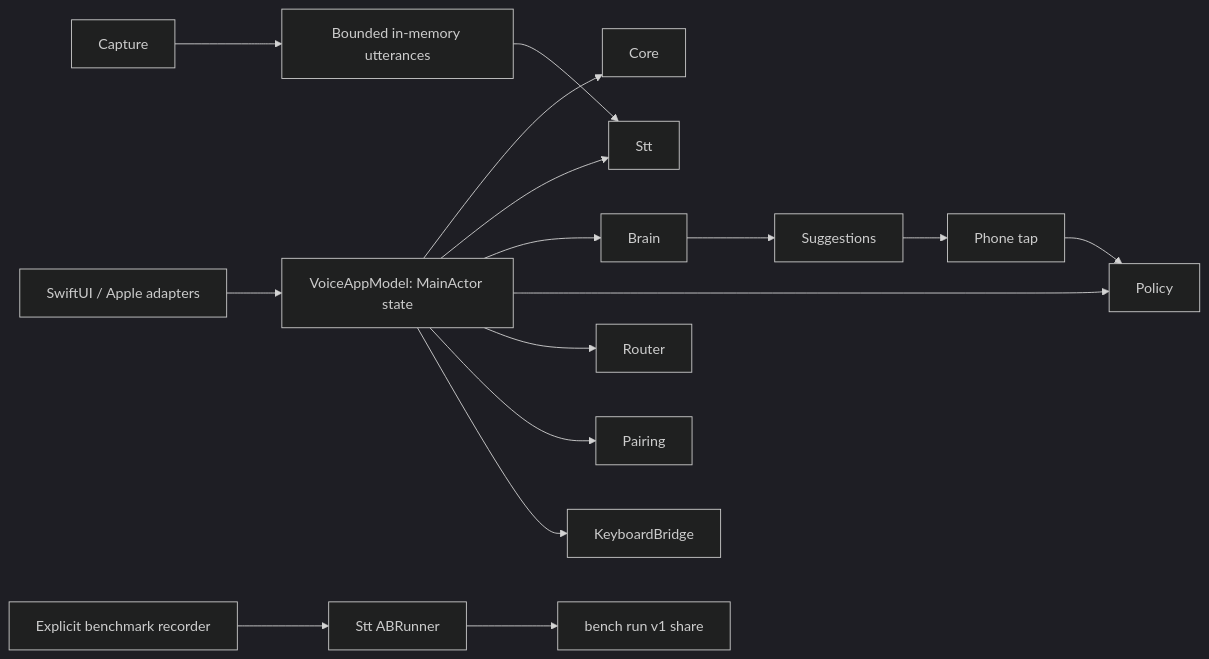
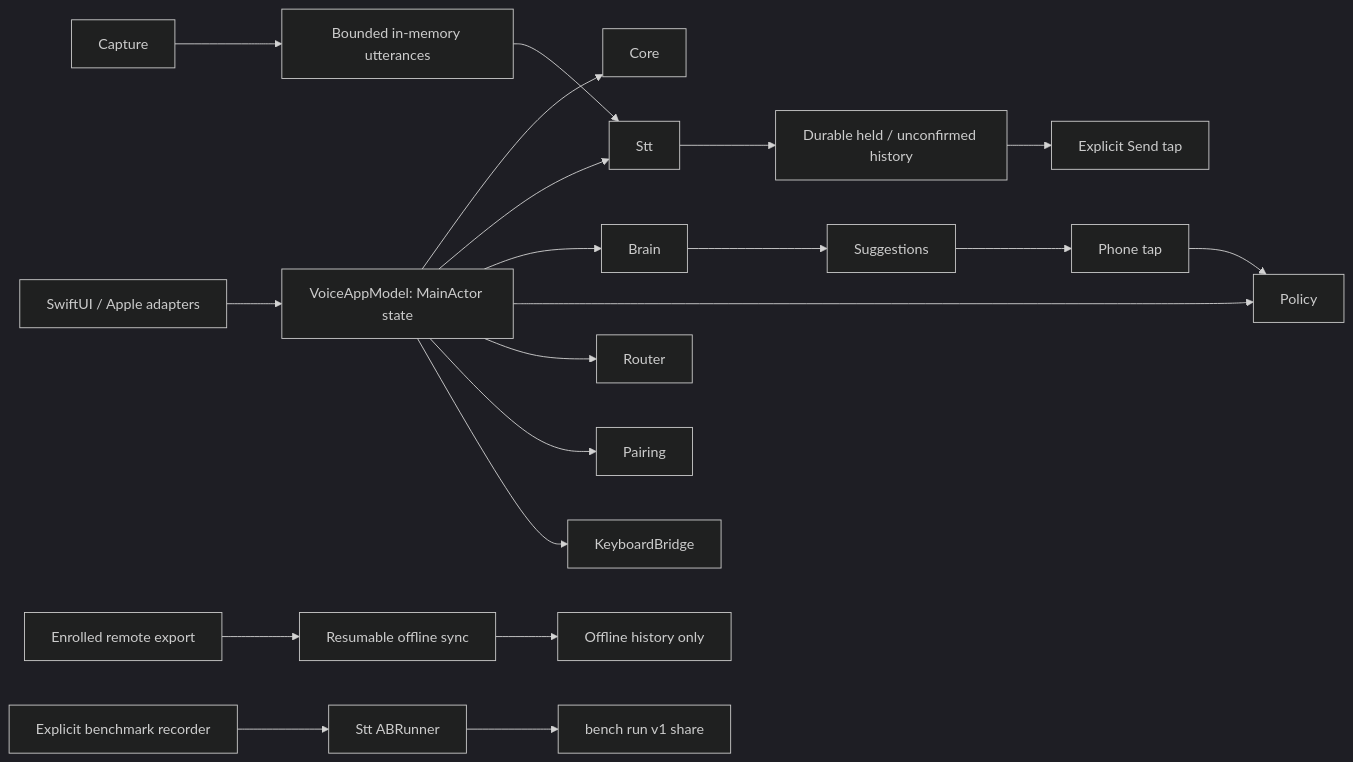
Before and after one commit to Harwasch/voiceremote: the diagram in SW/ios/Packages/AppModel/README.md, drawn with Mermaid (dark theme). The commit also changed other lines of this file and 62 other files, not shown here.

Commit message:
SW: iPhone relay pairing, cloud access, held text and remote sync

````diff
--- a/SW/ios/Packages/AppModel/README.md
+++ b/SW/ios/Packages/AppModel/README.md
@@ -1,8 +1,10 @@
 ```mermaid
 flowchart LR
   UI[SwiftUI / Apple adapters] --> Model[VoiceAppModel: MainActor state]
   Model --> Core & Stt & Brain & Policy & Router & Pairing & KeyboardBridge
   Capture --> Segments[Bounded in-memory utterances] --> Stt
+  Stt --> Held[Durable held / unconfirmed history] --> TapSend[Explicit Send tap]
+  BLE[Enrolled remote export] --> Sync[Resumable offline sync] --> History[Offline history only]
   Brain --> Suggestions --> Tap[Phone tap] --> Policy
   Recorder[Explicit benchmark recorder] --> AB[Stt ABRunner] --> JSON[bench run v1 share]
 ```
````
